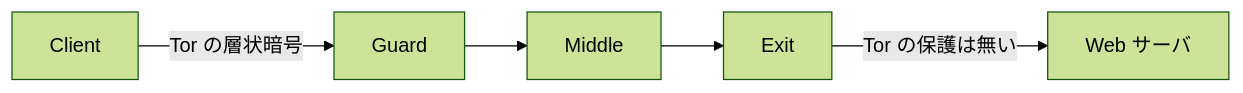
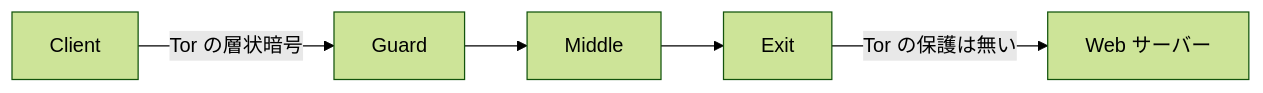
The fifth of 7 diagrams in content/notes/security/tor/index.md (nao1215/debimate), drawn with Mermaid (forest theme) before and after one commit. The commit also changed other lines of this file and 56 other files, not shown here.

````diff
--- a/content/notes/security/tor/index.md
+++ b/content/notes/security/tor/index.md
@@ -136,4 +136,4 @@
 ```mermaid
 flowchart LR
-    C["Client"] -- "Tor の層状暗号" --> G["Guard"] --> M["Middle"] --> E["Exit"] -- "Tor の保護は無い" --> W["Web サーバ"]
+    C["Client"] -- "Tor の層状暗号" --> G["Guard"] --> M["Middle"] --> E["Exit"] -- "Tor の保護は無い" --> W["Web サーバー"]
 ```
````
